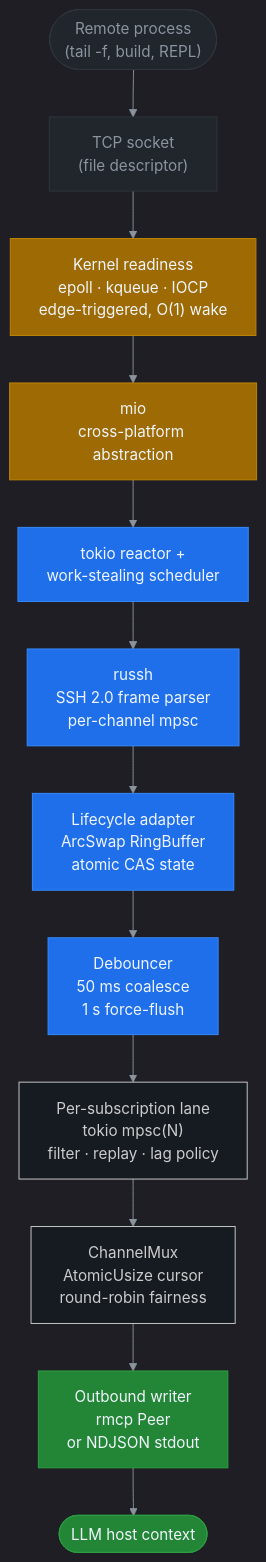
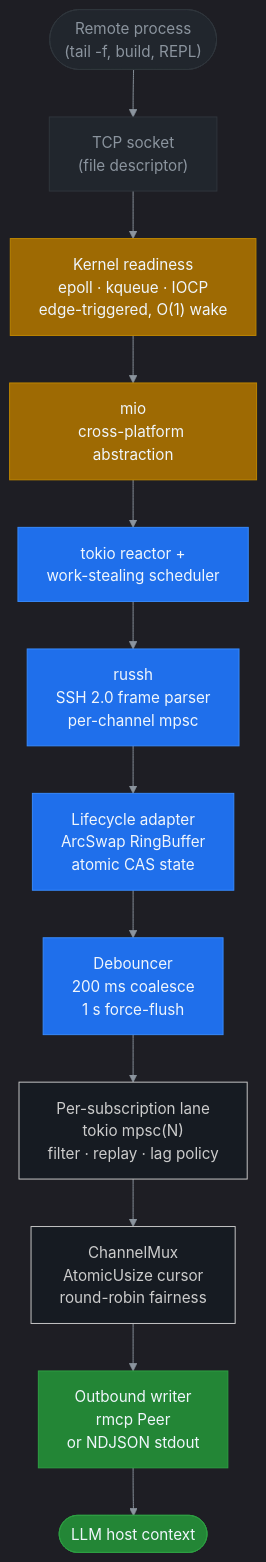
The second of 3 diagrams in README.md (farchanjo/ssh-mcp), drawn with Mermaid before and after one commit. The commit also changed other lines of this file and 12 other files, not shown here.

````diff
--- a/README.md
+++ b/README.md
@@ -87,39 +87,39 @@
 ```mermaid
 %%{init: {'theme':'dark','themeVariables':{'primaryColor':'#1f6feb','primaryTextColor':'#f0f6fc','primaryBorderColor':'#388bfd','lineColor':'#8b949e','secondaryColor':'#161b22','tertiaryColor':'#21262d','background':'#0d1117','mainBkg':'#161b22','secondBkg':'#21262d','tertiaryBkg':'#0d1117','nodeTextColor':'#f0f6fc','edgeLabelBackground':'#21262d','clusterBkg':'#161b22','clusterBorder':'#30363d','titleColor':'#f0f6fc'}}}%%
 flowchart TB
     REMOTE(["Remote process<br/>(tail -f, build, REPL)"])
     SOCK["TCP socket<br/>(file descriptor)"]
     KERNEL["Kernel readiness<br/>epoll · kqueue · IOCP<br/>edge-triggered, O(1) wake"]
     MIO["mio<br/>cross-platform abstraction"]
     REACTOR["tokio reactor +<br/>work-stealing scheduler"]
     RUSSH["russh<br/>SSH 2.0 frame parser<br/>per-channel mpsc"]
     LIFECYCLE["Lifecycle adapter<br/>ArcSwap RingBuffer<br/>atomic CAS state"]
-    DEBOUNCE["Debouncer<br/>50 ms coalesce<br/>1 s force-flush"]
+    DEBOUNCE["Debouncer<br/>200 ms coalesce<br/>1 s force-flush"]
     LANE["Per-subscription lane<br/>tokio mpsc(N)<br/>filter · replay · lag policy"]
     MUX["ChannelMux<br/>AtomicUsize cursor<br/>round-robin fairness"]
     OUT["Outbound writer<br/>rmcp Peer<br/>or NDJSON stdout"]
     LLM(["LLM host context"])
 
     REMOTE --> SOCK
     SOCK --> KERNEL
     KERNEL --> MIO
     MIO --> REACTOR
     REACTOR --> RUSSH
     RUSSH --> LIFECYCLE
     LIFECYCLE --> DEBOUNCE
     DEBOUNCE --> LANE
     LANE --> MUX
     MUX --> OUT
     OUT --> LLM
 
     classDef remote fill:#21262d,color:#8b949e,stroke:#30363d
     classDef kernel fill:#9e6a03,color:#f0f6fc,stroke:#bf8700
     classDef rt fill:#1f6feb,color:#f0f6fc,stroke:#388bfd
     classDef mux fill:#a371f7,color:#f0f6fc,stroke:#bc8cff
     classDef host fill:#238636,color:#f0f6fc,stroke:#2ea043
     class REMOTE,SOCK remote
     class KERNEL,MIO kernel
     class REACTOR,RUSSH,LIFECYCLE,DEBOUNCE rt
     class LANE,MUX out
     class OUT,LLM host
 ```
````
